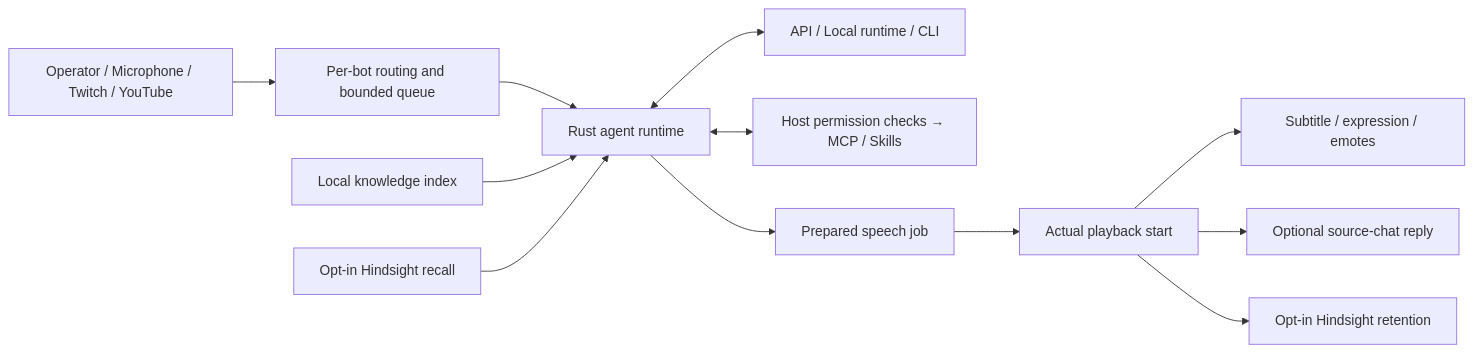
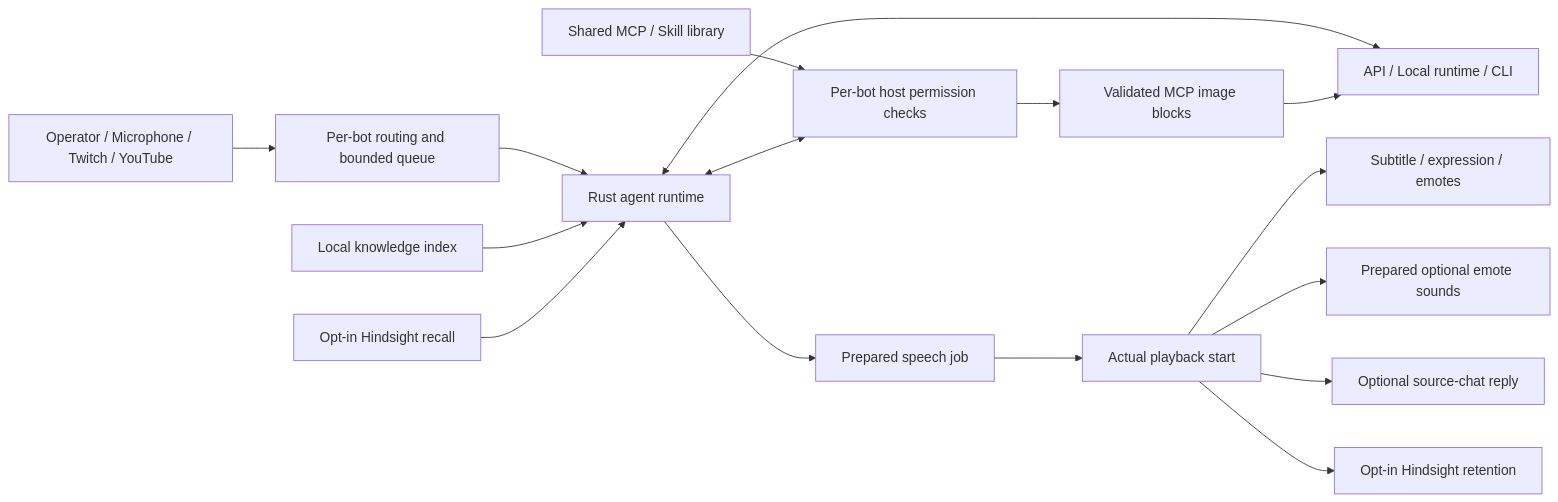
The diagram in docs/ARCHITECTURE.md (ralphschuler/orbitpal), drawn with Mermaid before and after one commit. The commit also changed other lines of this file and 39 other files, not shown here.

Commit message:
feat: add shared bot extensions, control MCP, vision and resilient listening

````diff
--- a/docs/ARCHITECTURE.md
+++ b/docs/ARCHITECTURE.md
@@ -5,14 +7,18 @@
 ```mermaid
 flowchart LR
   Input[Operator / Microphone / Twitch / YouTube] --> Queue[Per-bot routing and bounded queue]
   Queue --> Agent[Rust agent runtime]
   Knowledge[Local knowledge index] --> Agent
   Memory[Opt-in Hindsight recall] --> Agent
   Agent <--> Model[API / Local runtime / CLI]
-  Agent <--> Tools[Host permission checks → MCP / Skills]
+  Library[Shared MCP / Skill library] --> Tools[Per-bot host permission checks]
+  Agent <--> Tools
+  Tools --> Vision[Validated MCP image blocks]
+  Vision --> Model
   Agent --> Audio[Prepared speech job]
   Audio --> Start[Actual playback start]
   Start --> View[Subtitle / expression / emotes]
+  Start --> Effects[Prepared optional emote sounds]
   Start --> Chat[Optional source-chat reply]
   Start --> Retain[Opt-in Hindsight retention]
 ```
````
